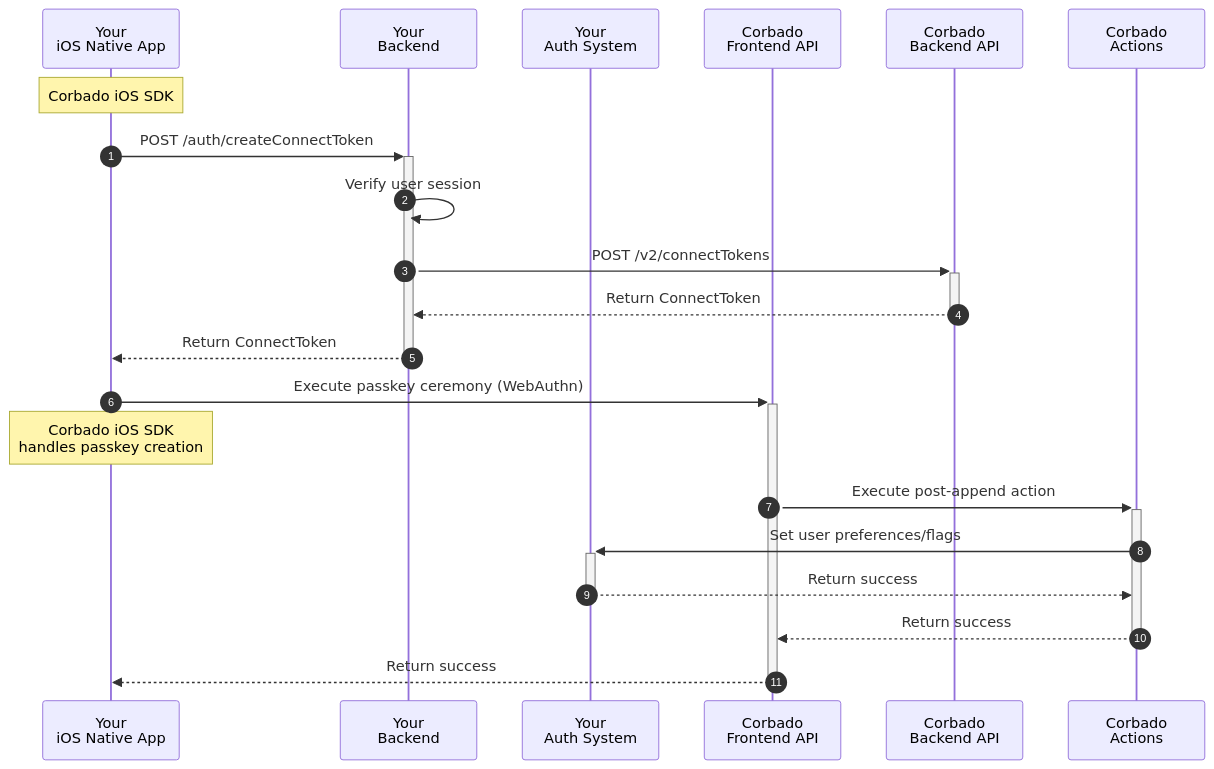
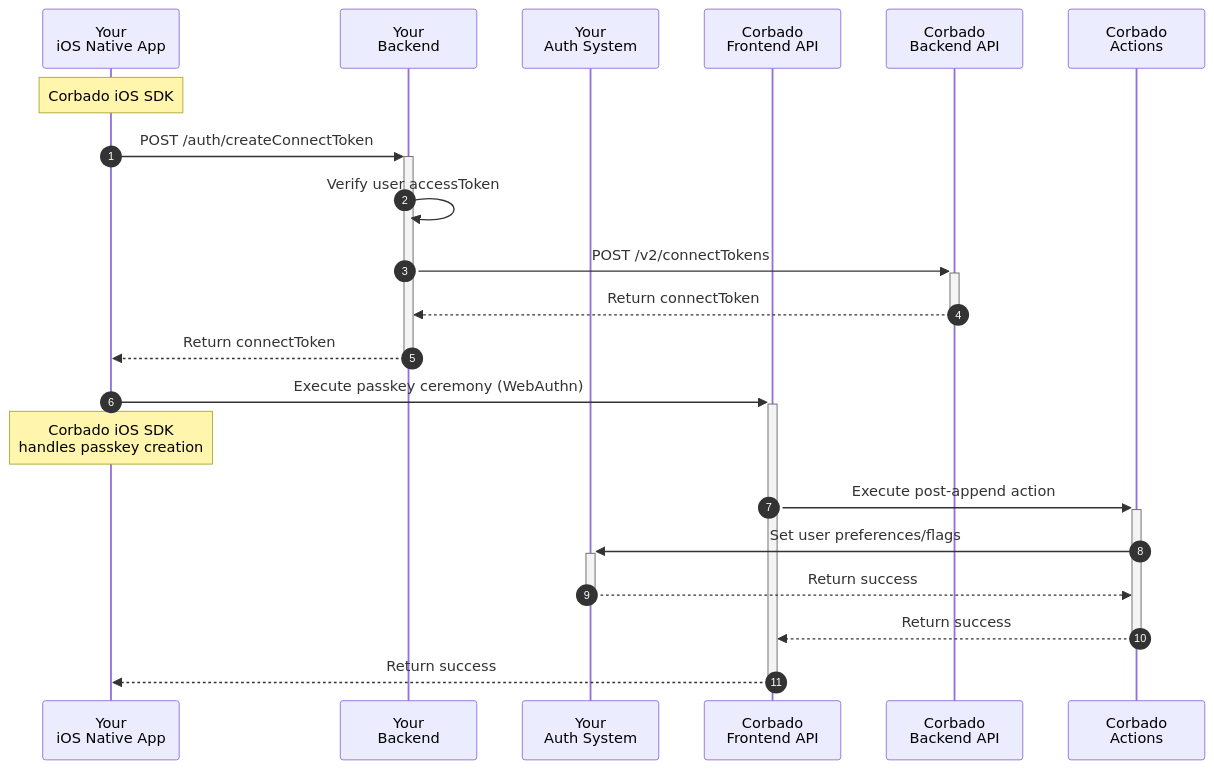
One commit to corbadotech/docs changed the first of 3 diagrams in corbado-connect/integration/generic/ios.mdx. Above: the diagram before and after it, drawn with Mermaid. The commit also changed other lines of this file, not shown here.

Commit message:
Replace concept of 'session ID' with access token

````diff
--- a/corbado-connect/integration/generic/ios.mdx
+++ b/corbado-connect/integration/generic/ios.mdx
@@ -193,25 +193,25 @@
 ```mermaid
 sequenceDiagram
     autonumber
     participant App as Your<br/>iOS Native App
     participant Backend as Your<br/>Backend
     participant IdP as Your<br/>Auth System
     participant FAPI as Corbado<br/>Frontend API
     participant BAPI as Corbado<br/>Backend API
     participant Actions as Corbado<br/>Actions
 
     Note over App: Corbado iOS SDK
     App->>+Backend: POST /auth/createConnectToken
-    Backend->>Backend: Verify user session
+    Backend->>Backend: Verify user accessToken
     Backend->>+BAPI: POST /v2/connectTokens
-    BAPI-->>-Backend: Return ConnectToken
-    Backend-->>-App: Return ConnectToken
+    BAPI-->>-Backend: Return connectToken
+    Backend-->>-App: Return connectToken
 
     App->>+FAPI: Execute passkey ceremony (WebAuthn)
     Note over App: Corbado iOS SDK<br/>handles passkey creation
     FAPI->>+Actions: Execute post-append action
     Actions->>+IdP: Set user preferences/flags
     IdP-->>-Actions: Return success
     Actions-->>-FAPI: Return success
     FAPI-->>-App: Return success
 ```
````
